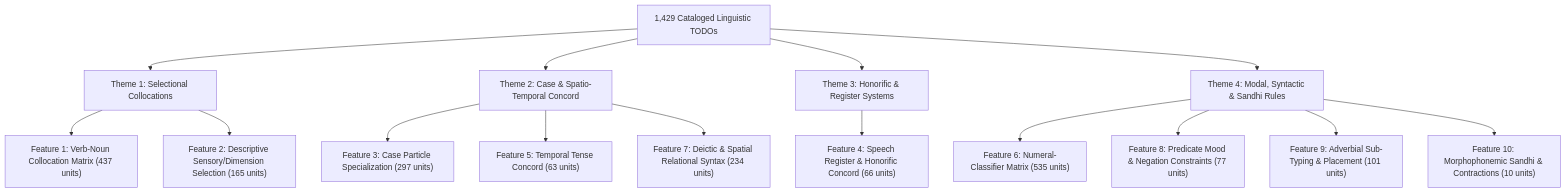
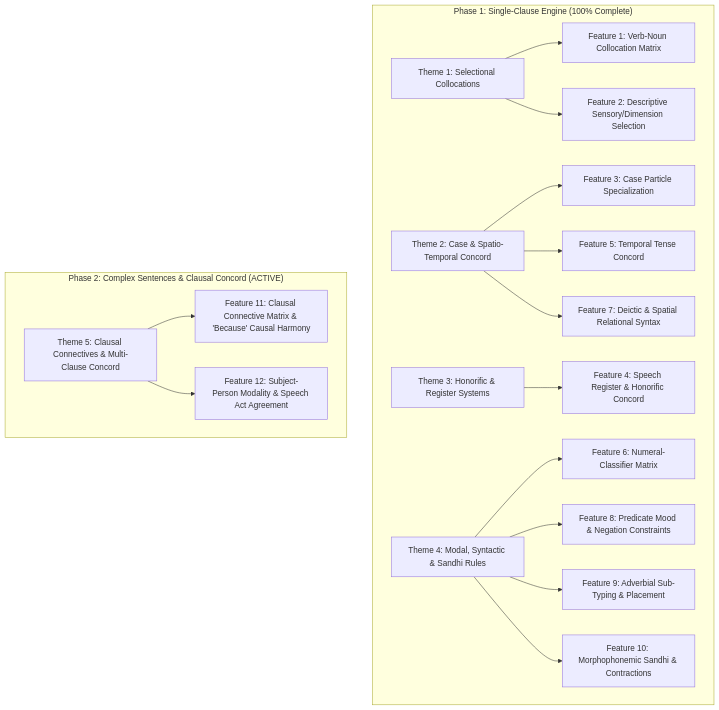
Before and after one commit to mvaganov/kongbuhey: the diagram in SEMANTIC_RULES_ROADMAP.md, drawn with Mermaid. The commit also changed other lines of this file and 9 other files, not shown here.

````diff
--- a/SEMANTIC_RULES_ROADMAP.md
+++ b/SEMANTIC_RULES_ROADMAP.md
@@ -11,21 +11,23 @@
 ```mermaid
 graph TD
-    A["1,429 Cataloged Linguistic TODOs"] --> B["Theme 1: Selectional Collocations"]
-    A --> C["Theme 2: Case & Spatio-Temporal Concord"]
-    A --> D["Theme 3: Honorific & Register Systems"]
-    A --> E["Theme 4: Modal, Syntactic & Sandhi Rules"]
+    subgraph "Phase 1: Single-Clause Engine (100% Complete)"
+        B["Theme 1: Selectional Collocations"] --> F1["Feature 1: Verb-Noun Collocation Matrix"]
+        B --> F2["Feature 2: Descriptive Sensory/Dimension Selection"]
 
-    B --> F1["Feature 1: Verb-Noun Collocation Matrix (437 units)"]
-    B --> F2["Feature 2: Descriptive Sensory/Dimension Selection (165 units)"]
+        C["Theme 2: Case & Spatio-Temporal Concord"] --> F3["Feature 3: Case Particle Specialization"]
+        C --> F5["Feature 5: Temporal Tense Concord"]
+        C --> F7["Feature 7: Deictic & Spatial Relational Syntax"]
 
-    C --> F3["Feature 3: Case Particle Specialization (297 units)"]
-    C --> F5["Feature 5: Temporal Tense Concord (63 units)"]
-    C --> F7["Feature 7: Deictic & Spatial Relational Syntax (234 units)"]
+        D["Theme 3: Honorific & Register Systems"] --> F4["Feature 4: Speech Register & Honorific Concord"]
 
-    D --> F4["Feature 4: Speech Register & Honorific Concord (66 units)"]
+        E["Theme 4: Modal, Syntactic & Sandhi Rules"] --> F6["Feature 6: Numeral-Classifier Matrix"]
+        E --> F8["Feature 8: Predicate Mood & Negation Constraints"]
+        E --> F9["Feature 9: Adverbial Sub-Typing & Placement"]
+        E --> F10["Feature 10: Morphophonemic Sandhi & Contractions"]
+    end
 
-    E --> F6["Feature 6: Numeral-Classifier Matrix (535 units)"]
-    E --> F8["Feature 8: Predicate Mood & Negation Constraints (77 units)"]
-    E --> F9["Feature 9: Adverbial Sub-Typing & Placement (101 units)"]
-    E --> F10["Feature 10: Morphophonemic Sandhi & Contractions (10 units)"]
+    subgraph "Phase 2: Complex Sentences & Clausal Concord (ACTIVE)"
+        T5["Theme 5: Clausal Connectives & Multi-Clause Concord"] --> F11["Feature 11: Clausal Connective Matrix & 'Because' Causal Harmony"]
+        T5 --> F12["Feature 12: Subject-Person Modality & Speech Act Agreement"]
+    end
 ```
````
